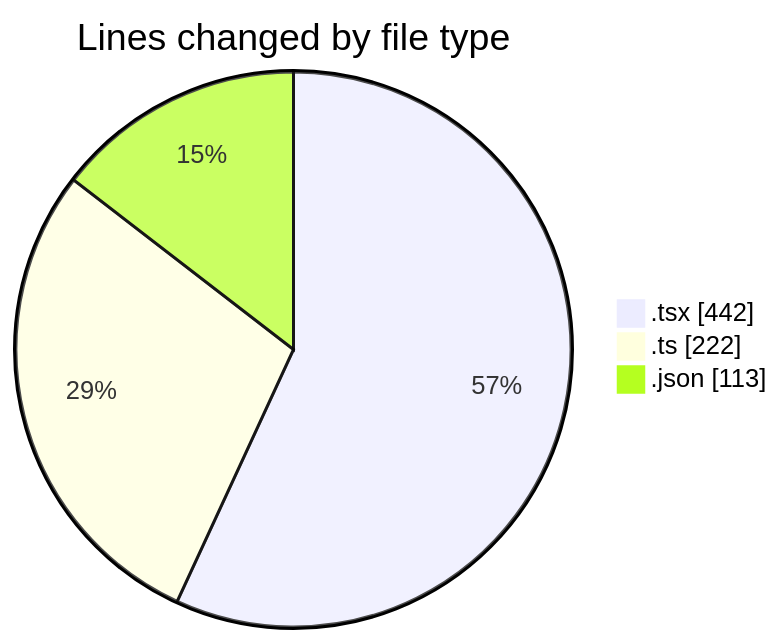
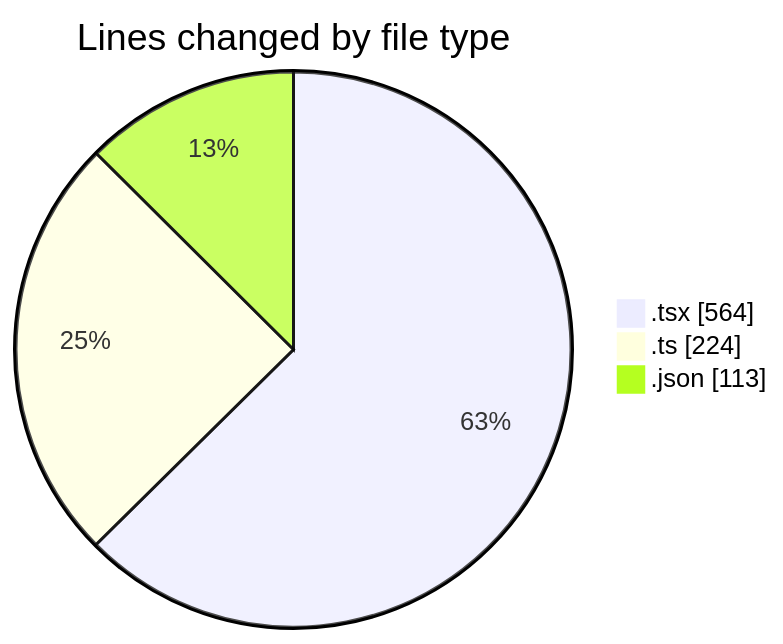
One commit to momahboobian/code-tracking changed the first of 2 diagrams in 2025-02-23/pdf-analysis-app/README.md. Above: the diagram before and after it, drawn with Mermaid. The commit also changed other lines of this file and 1 other file, not shown here.

````diff
--- a/2025-02-23/pdf-analysis-app/README.md
+++ b/2025-02-23/pdf-analysis-app/README.md
@@ -28,7 +29,7 @@
 ```mermaid
 pie showData
 title Lines changed by file type
-".tsx" : 442
-".ts" : 222
+".tsx" : 564
+".ts" : 224
 ".json" : 113
 ```
````
